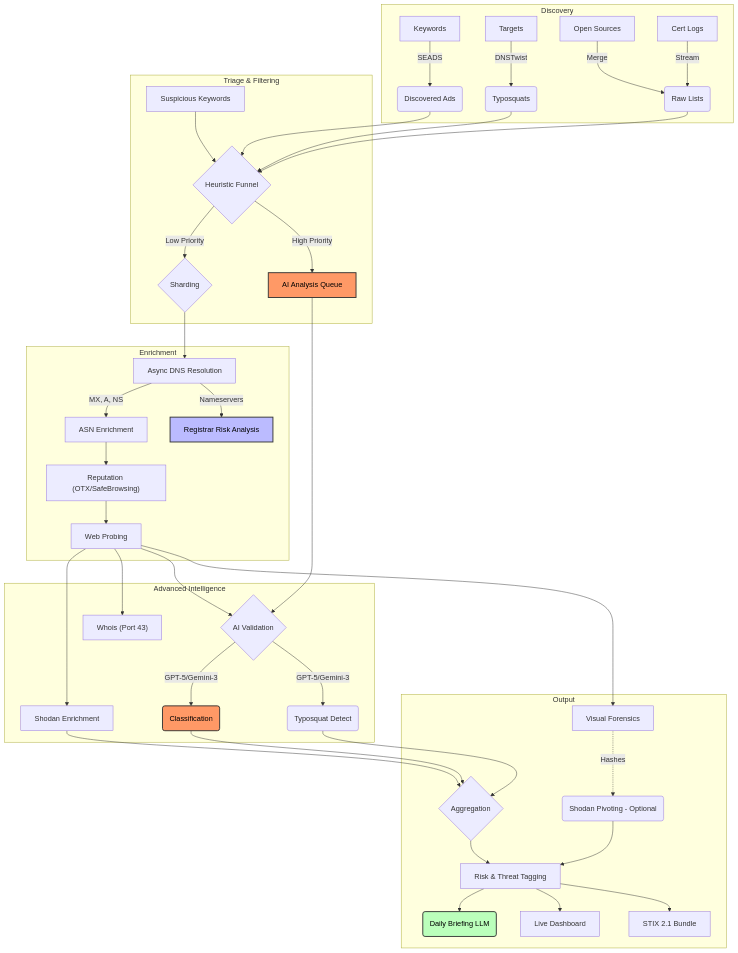
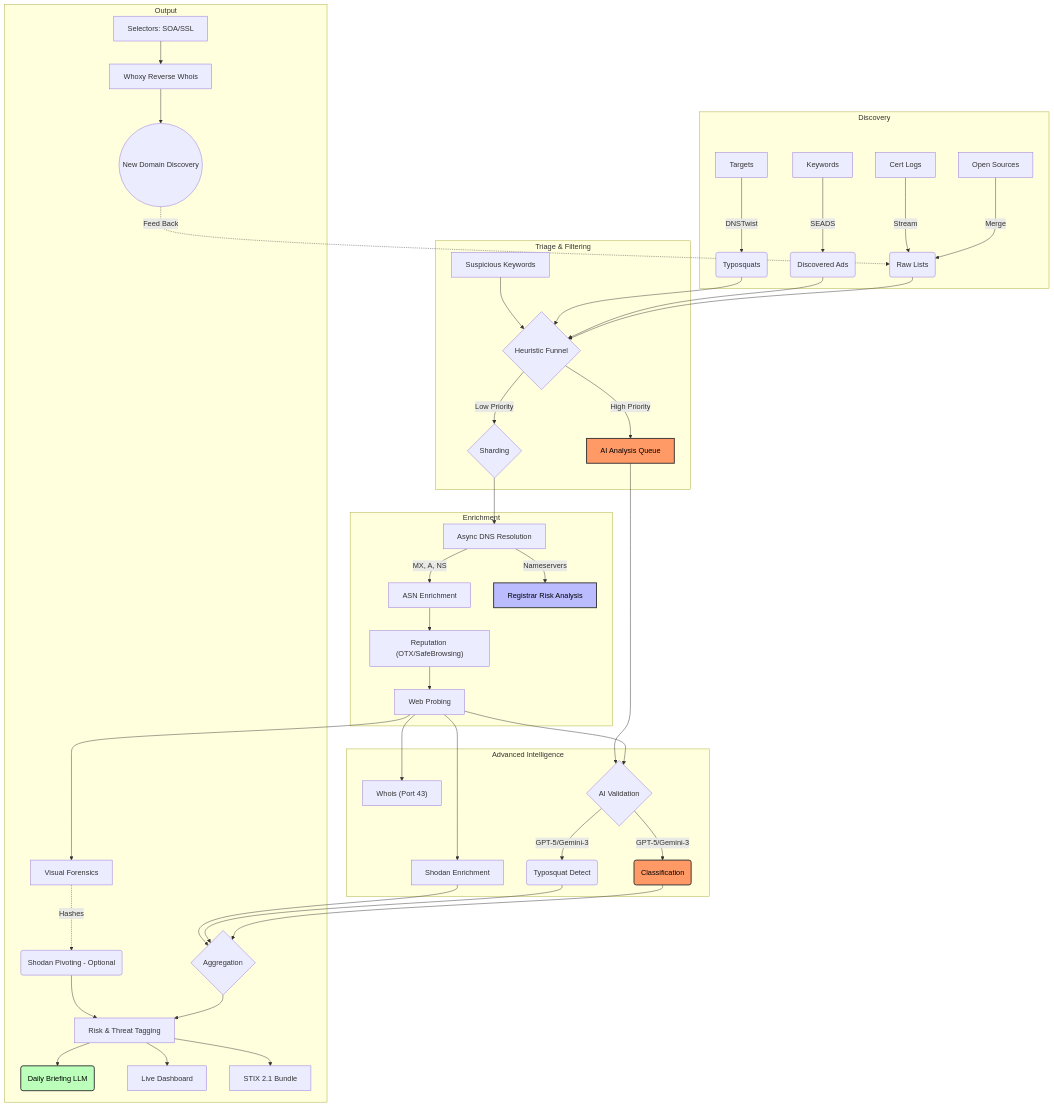
Before and after one commit to elchacal801/domain_intel: the diagram in README.md, drawn with Mermaid. The commit also changed other lines of this file and 6 other files, not shown here.

````diff
--- a/README.md
+++ b/README.md
@@ -140,48 +140,52 @@
 ```mermaid
 graph TD
     subgraph Discovery
         A[Keywords] -->|SEADS| B(Discovered Ads)
         C[Targets] -->|DNSTwist| D(Typosquats)
         E[Open Sources] -->|Merge| F(Raw Lists)
         Z[Cert Logs] -->|Stream| F
     end
 
     subgraph "Triage & Filtering"
         F & B & D --> T{Heuristic Funnel}
         K2[Suspicious Keywords] --> T
         T -->|Low Priority| G{Sharding}
         T -->|High Priority| AI[AI Analysis Queue]
     end
 
     subgraph Enrichment
         G --> H[Async DNS Resolution]
         H -->|MX, A, NS| I[ASN Enrichment]
         H -->|Nameservers| J[Registrar Risk Analysis]
         I --> K["Reputation (OTX/SafeBrowsing)"]
         K --> L[Web Probing]
     end
 
     subgraph "Advanced Intelligence"
         L --> S[Shodan Enrichment]
         L --> W["Whois (Port 43)"]
         L --> AI_CHECK{AI Validation}
         AI --> AI_CHECK
         AI_CHECK -->|GPT-5/Gemini-3| CLASS(Classification)
         AI_CHECK -->|GPT-5/Gemini-3| TYPO(Typosquat Detect)
     end
 
     subgraph Output
         CLASS & TYPO & S --> M{Aggregation}
         L --> N[Visual Forensics]
         N -.->|Hashes| SP(Shodan Pivoting - Optional)
         M & SP --> O[Risk & Threat Tagging]
         O --> P(Daily Briefing LLM)
         O --> Q[Live Dashboard]
         O --> R[STIX 2.1 Bundle]
+        
+        WM[Selectors: SOA/SSL] --> PIVOT[Whoxy Reverse Whois]
+        PIVOT --> DISCOVERY((New Domain Discovery))
+        DISCOVERY -.->|Feed Back| F
     end
 
     style J fill:#bbf,stroke:#333,stroke-width:2px,color:black
     style AI fill:#f96,stroke:#333,stroke-width:2px,color:black
     style CLASS fill:#f96,stroke:#333,stroke-width:2px,color:black
     style P fill:#bfb,stroke:#333,stroke-width:2px,color:black
 ```
````
